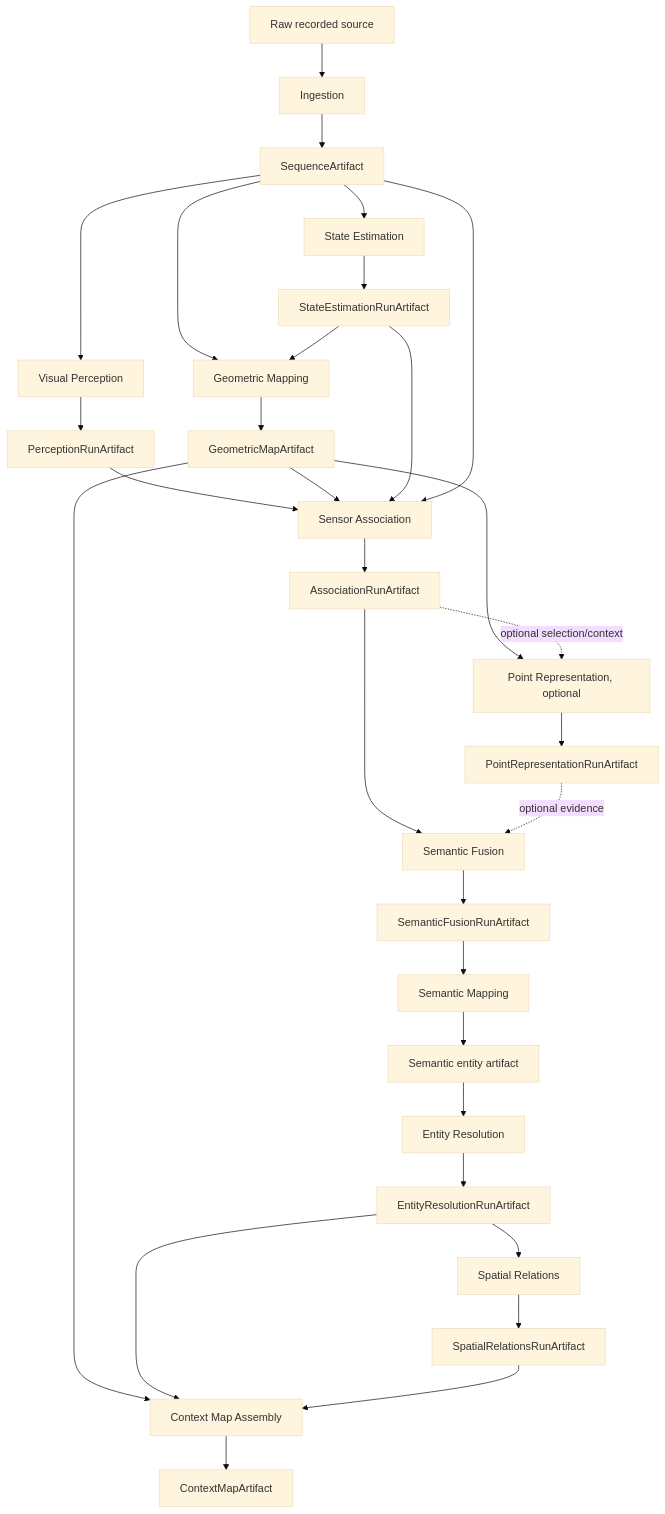
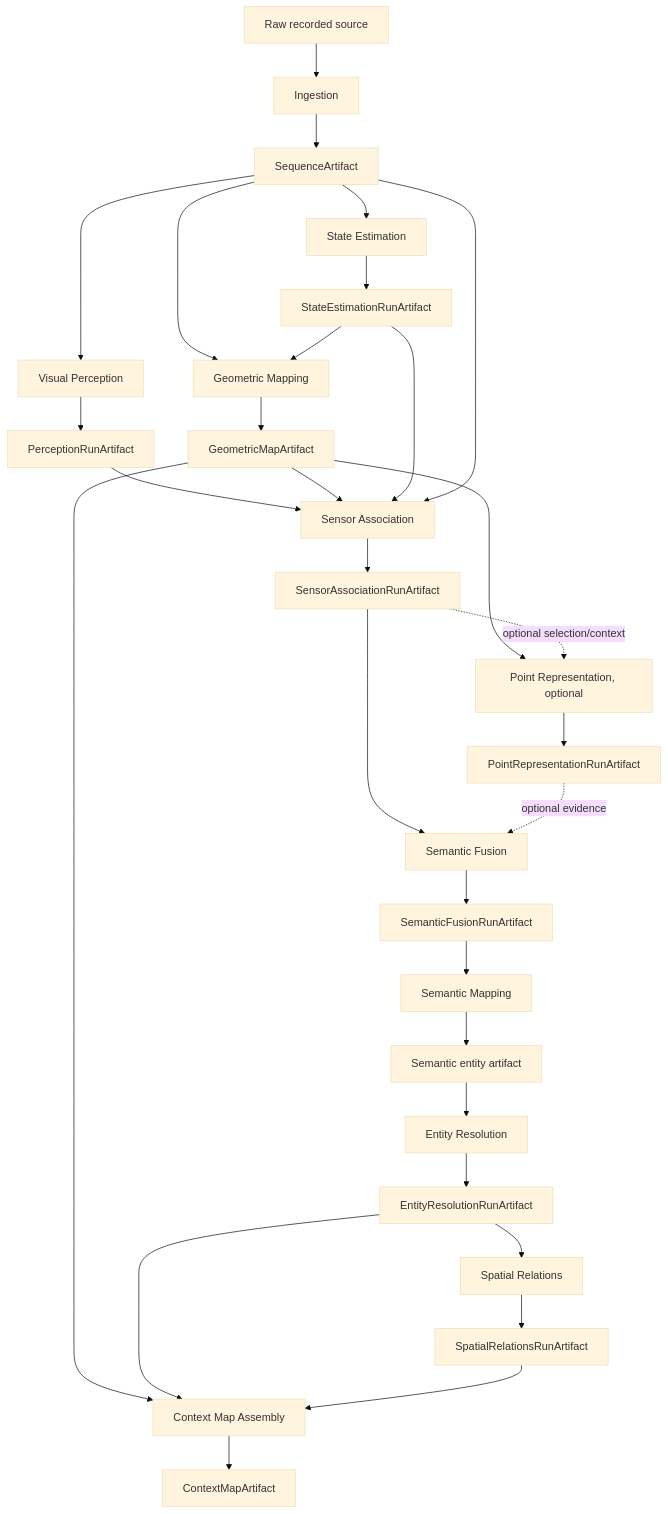
One commit to Alexandre-Tortoza/contextmap2 changed the first of 19 diagrams in docs/PIPELINE.md. Above: the diagram before and after it, drawn with Mermaid (base theme). The commit also changed other lines of this file and 30 other files, not shown here.

````diff
--- a/docs/PIPELINE.md
+++ b/docs/PIPELINE.md
@@ -13,65 +13,65 @@
 ```mermaid
 flowchart TD
     RAW[Raw recorded source]
     ING[Ingestion]
     SEQ[SequenceArtifact]
 
     VP[Visual Perception]
     PR[PerceptionRunArtifact]
 
     ST[State Estimation]
     TR[StateEstimationRunArtifact]
 
     GM[Geometric Mapping]
     GEO[GeometricMapArtifact]
 
     SA[Sensor Association]
-    ASSOC[AssociationRunArtifact]
+    ASSOC[SensorAssociationRunArtifact]
 
     P3D[Point Representation, optional]
     PREP[PointRepresentationRunArtifact]
 
     SF[Semantic Fusion]
     FUS[SemanticFusionRunArtifact]
 
     SM[Semantic Mapping]
     ENT[Semantic entity artifact]
 
     ER[Entity Resolution]
     RENT[EntityResolutionRunArtifact]
 
     SR[Spatial Relations]
     REL[SpatialRelationsRunArtifact]
 
     CM[Context Map Assembly]
     OUT[ContextMapArtifact]
 
     RAW --> ING --> SEQ
     SEQ --> VP --> PR
     SEQ --> ST --> TR
     SEQ --> GM
     TR --> GM --> GEO
 
     PR --> SA
     GEO --> SA
     TR --> SA
     SEQ --> SA
     SA --> ASSOC
 
     GEO --> P3D
     ASSOC -. optional selection/context .-> P3D
     P3D --> PREP
 
     ASSOC --> SF
     PREP -. optional evidence .-> SF
     SF --> FUS
 
     FUS --> SM --> ENT
     ENT --> ER --> RENT
     RENT --> SR --> REL
 
     GEO --> CM
     RENT --> CM
     REL --> CM
     CM --> OUT
 ```
````
